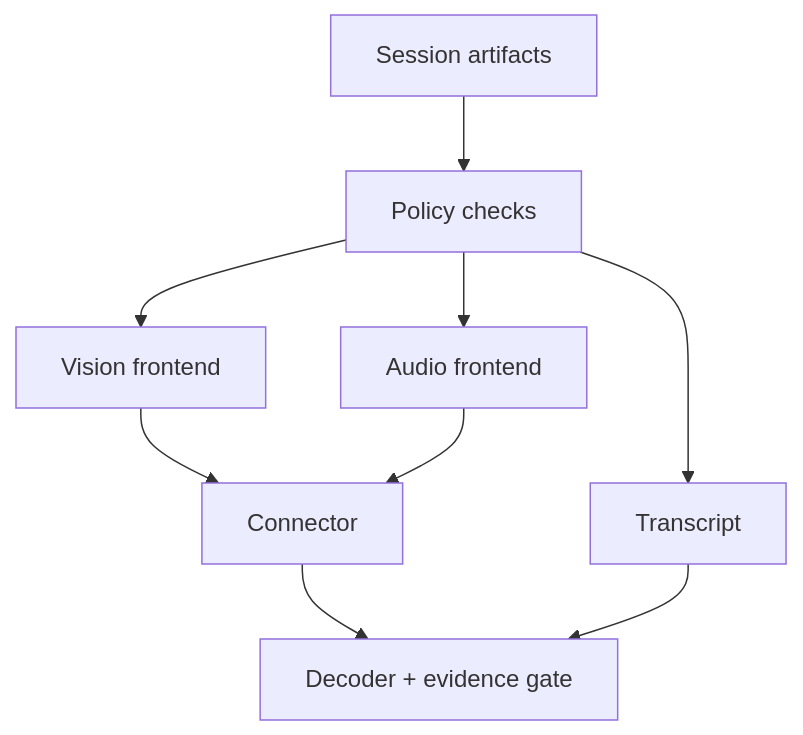
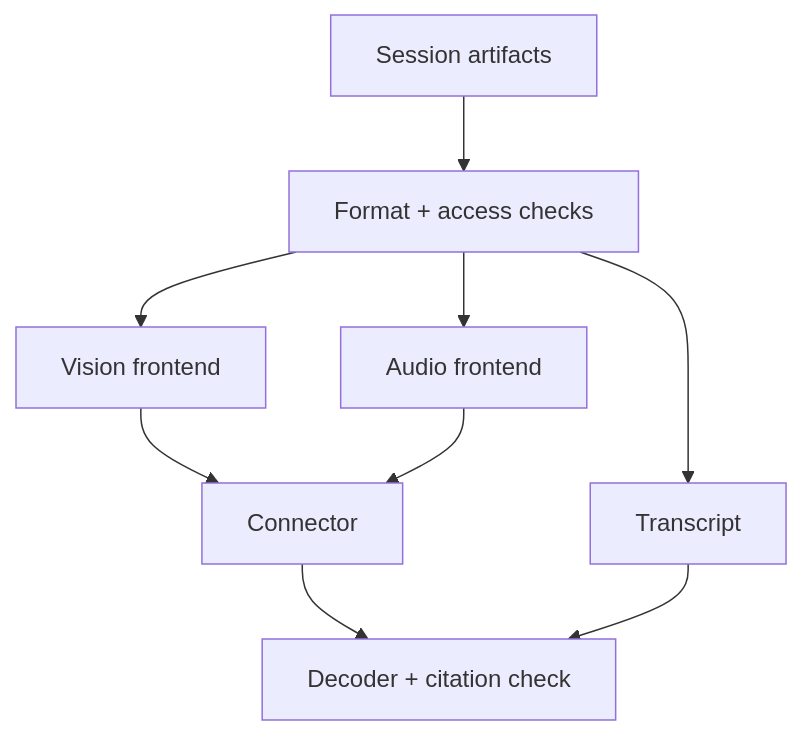
Before and after one commit to bvolpato/leetllm: the first of 2 diagrams in web/src/content/system-design/multimodal-llms-architecture-design/content.md, drawn with Mermaid. The commit also changed other lines of this file and 23 other files, not shown here.

````diff
--- a/web/src/content/system-design/multimodal-llms-architecture-design/content.md
+++ b/web/src/content/system-design/multimodal-llms-architecture-design/content.md
@@ -90,14 +82,14 @@
 ```mermaid
 flowchart TB
-  A["Session artifacts"]:::secondary --> B["Policy checks"]:::warning
+  A["Session artifacts"]:::secondary --> B["Format + access checks"]:::warning
   C["Vision frontend"]:::primary
   D["Audio frontend"]:::primary
   E["Transcript"]:::accent
-  F["Connector"]:::primary --> G["Decoder + evidence gate"]:::success
+  F["Connector"]:::primary --> G["Decoder + citation check"]:::success
   B --> C
   B --> D
   B --> E
   C --> F
   D --> F
   E --> G
 ```
````
